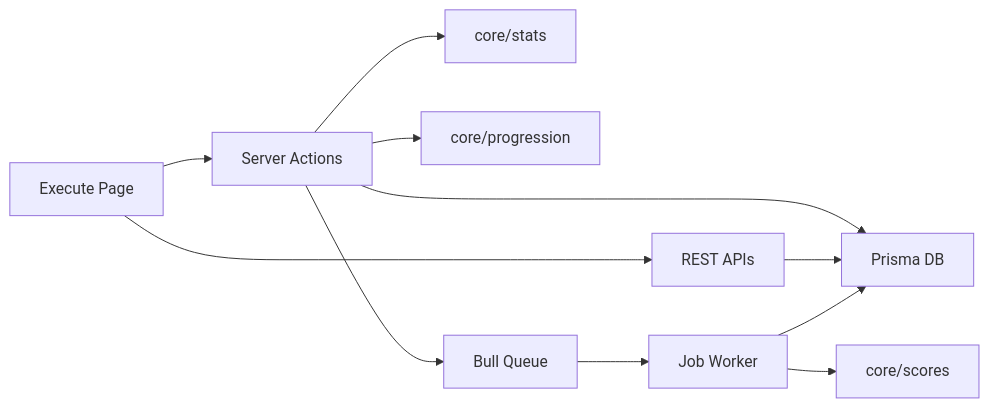
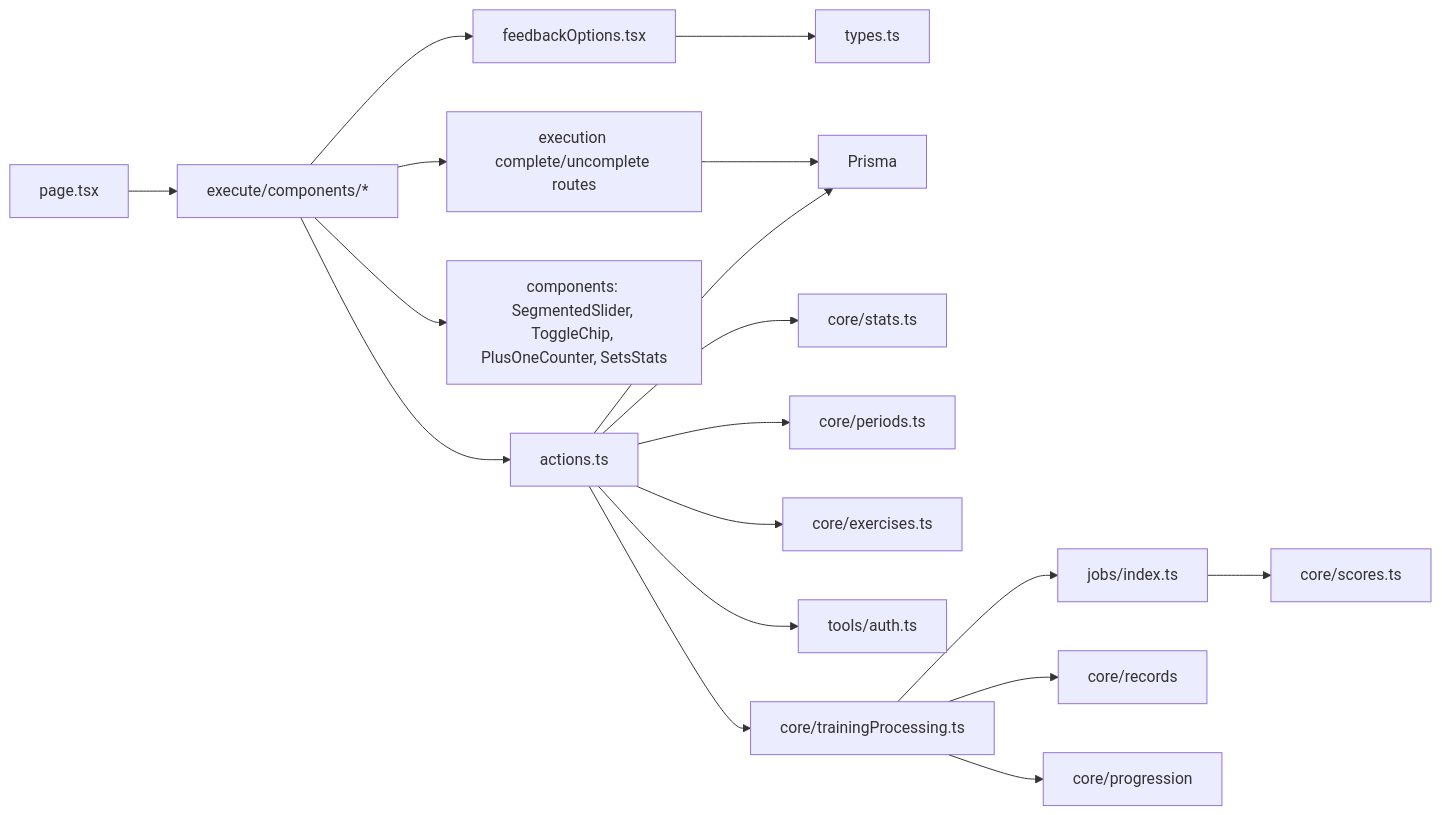
Before and after one commit to Dezzpil/meingym: the ninth of 9 diagrams in .qoder/repowiki/en/content/Training Execution Flow.md, drawn with Mermaid. The commit also changed other lines of this file and 12 other files, not shown here.

````diff
--- a/.qoder/repowiki/en/content/Training Execution Flow.md
+++ b/.qoder/repowiki/en/content/Training Execution Flow.md
@@ -396,13 +687,20 @@
 ```mermaid
 graph LR
-UI["Execute Page"] --> SA["Server Actions"]
-UI --> API["REST APIs"]
-SA --> PRISMA["Prisma DB"]
-SA --> CORE_STATS["core/stats"]
-SA --> CORE_PROGRESSION["core/progression"]
-API --> PRISMA
-SA --> QUEUE["Bull Queue"]
-QUEUE --> WORKER["Job Worker"]
-WORKER --> CORE_SCORES["core/scores"]
-WORKER --> PRISMA
+PG["page.tsx"] --> CMP["execute/components/*"]
+CMP --> SA["actions.ts"]
+CMP --> RT["execution complete/uncomplete routes"]
+CMP --> SH["components: SegmentedSlider, ToggleChip, PlusOneCounter, SetsStats"]
+CMP --> FO["feedbackOptions.tsx"]
+FO --> TY["types.ts"]
+SA --> DB["Prisma"]
+SA --> STATS["core/stats.ts"]
+SA --> PER["core/periods.ts"]
+SA --> EX["core/exercises.ts"]
+SA --> AUTH["tools/auth.ts"]
+SA --> TP["core/trainingProcessing.ts"]
+RT --> DB
+TP --> JOBS["jobs/index.ts"]
+TP --> REC["core/records"]
+TP --> PROG["core/progression"]
+JOBS --> SCORES["core/scores.ts"]
 ```
````
